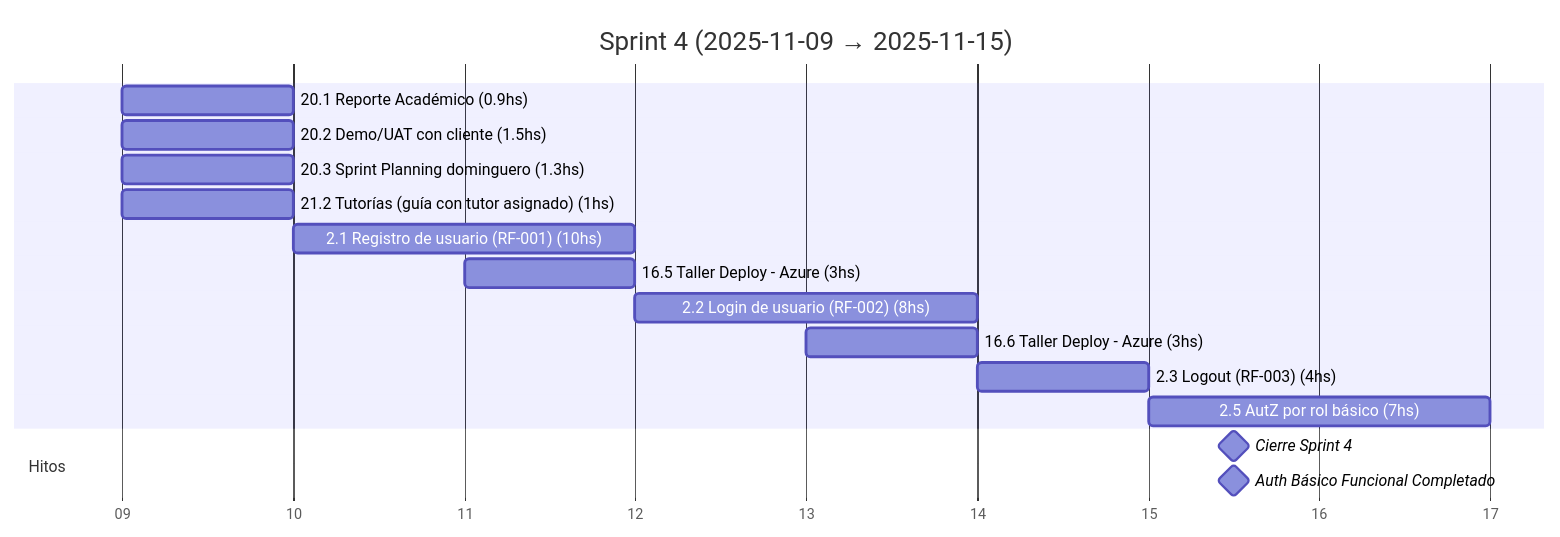
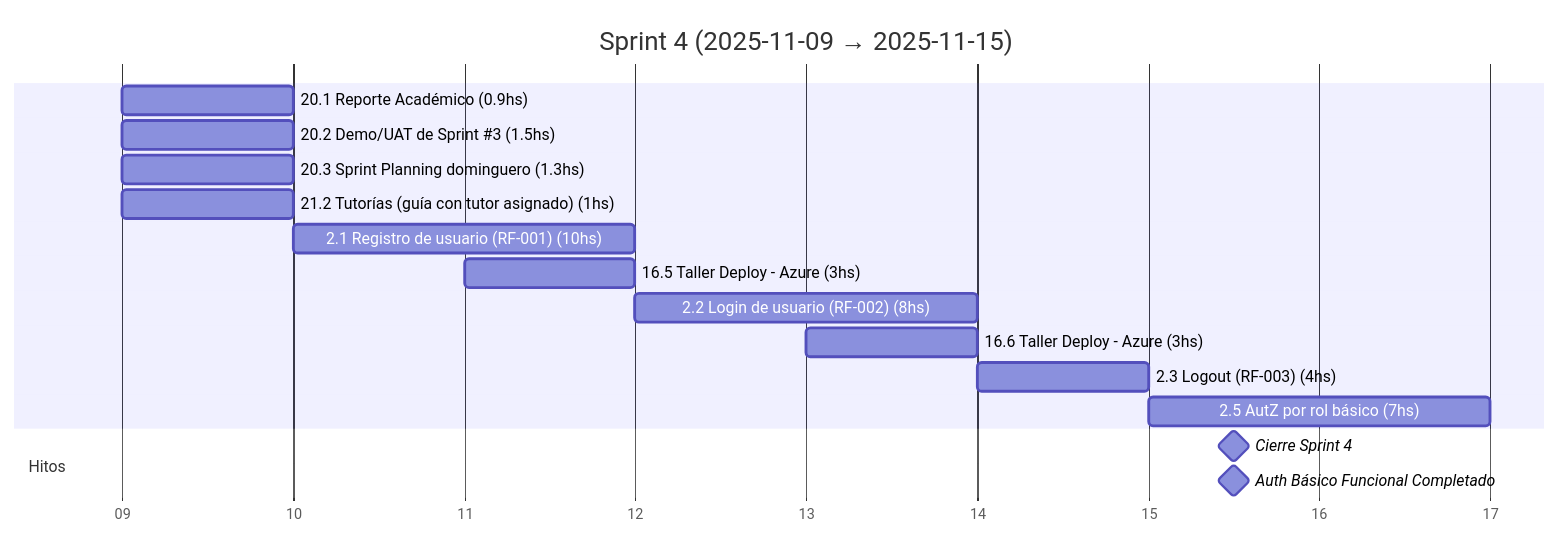
Before and after one commit to MarkMed/FleetMan: the fifth of 19 diagrams in docs/SprintsGantts.md, drawn with Mermaid. The commit also changed other lines of this file and 2 other files, not shown here.

Commit message:
feat: Update Sprint planning for sprint 11 and update Gantt charts

````diff
--- a/docs/SprintsGantts.md
+++ b/docs/SprintsGantts.md
@@ -127,23 +127,23 @@
 ```mermaid
 gantt
   title Sprint 4 (2025-11-09 → 2025-11-15)
   dateFormat  YYYY-MM-DD
   axisFormat  %d
 
   %% Asumimos 5 h/día. Horas estimadas incluidas en el nombre.
 
   20.1 Reporte Académico (0.9hs)               :t201, 2025-11-09, 1d
-  20.2 Demo/UAT con cliente (1.5hs)            :t202, 2025-11-09, 1d
+  20.2 Demo/UAT de Sprint #3 (1.5hs)           :t202, 2025-11-09, 1d
   20.3 Sprint Planning dominguero (1.3hs)      :t203, 2025-11-09, 1d
   21.2 Tutorías (guía con tutor asignado) (1hs) :t212, 2025-11-09, 1d
   2.1 Registro de usuario (RF-001) (10hs)      :t21, after t203, 2d
   16.5 Taller Deploy - Azure (3hs)             :t165, 2025-11-11, 1d
   2.2 Login de usuario (RF-002) (8hs)          :t22, after t21, 2d
   16.6 Taller Deploy - Azure (3hs)             :t166, 2025-11-13, 1d
   2.3 Logout (RF-003) (4hs)                    :t23, after t22, 1d
   2.5 AutZ por rol básico (7hs)                :t25, after t23, 2d
 
   section Hitos
   Cierre Sprint 4                              :milestone, s4, 2025-11-15, 1d
   Auth Básico Funcional Completado             :milestone, auth, 2025-11-15, 1d
 ```
````
